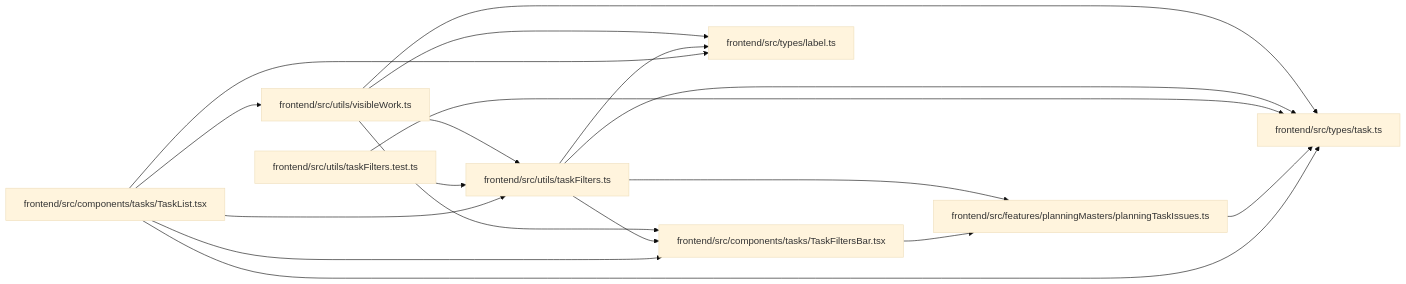
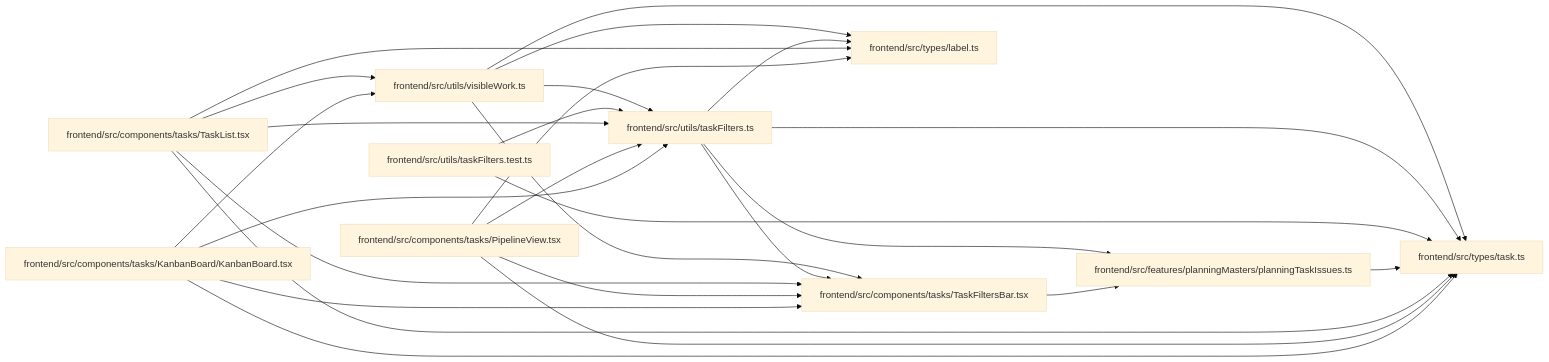
The diagram in docs/llm_wiki/modules/taskFilters.md (Denissvgn/WorkChord), drawn with Mermaid (base theme) before and after one commit. The commit also changed other lines of this file and 2373 other files, not shown here.

````diff
--- a/docs/llm_wiki/modules/taskFilters.md
+++ b/docs/llm_wiki/modules/taskFilters.md
@@ -29,36 +29,48 @@
 ```mermaid
 flowchart LR
-    n0["frontend/src/components/tasks/TaskFiltersBar.tsx"]
-    n1["frontend/src/components/tasks/TaskList.tsx"]
-    n2["frontend/src/features/planningMasters/planningTaskIssues.ts"]
-    n3["frontend/src/types/label.ts"]
-    n4["frontend/src/types/task.ts"]
-    n5["frontend/src/utils/taskFilters.test.ts"]
-    n6["frontend/src/utils/taskFilters.ts"]
-    n7["frontend/src/utils/visibleWork.ts"]
+    n0["frontend/src/components/tasks/KanbanBoard/KanbanBoard.tsx"]
+    n1["frontend/src/components/tasks/PipelineView.tsx"]
+    n2["frontend/src/components/tasks/TaskFiltersBar.tsx"]
+    n3["frontend/src/components/tasks/TaskList.tsx"]
+    n4["frontend/src/features/planningMasters/planningTaskIssues.ts"]
+    n5["frontend/src/types/label.ts"]
+    n6["frontend/src/types/task.ts"]
+    n7["frontend/src/utils/taskFilters.test.ts"]
+    n8["frontend/src/utils/taskFilters.ts"]
+    n9["frontend/src/utils/visibleWork.ts"]
     n0 --> n2
-    n1 --> n0
-    n1 --> n3
-    n1 --> n4
+    n0 --> n6
+    n0 --> n8
+    n0 --> n9
+    n1 --> n2
+    n1 --> n5
     n1 --> n6
-    n1 --> n7
+    n1 --> n8
     n2 --> n4
-    n5 --> n4
-    n5 --> n6
-    n6 --> n0
-    n6 --> n2
-    n6 --> n3
-    n6 --> n4
-    n7 --> n0
-    n7 --> n3
-    n7 --> n4
+    n3 --> n2
+    n3 --> n5
+    n3 --> n6
+    n3 --> n8
+    n3 --> n9
+    n4 --> n6
     n7 --> n6
-    click n0 "../modules/TaskFiltersBar.md"
-    click n1 "../modules/TaskList.md"
-    click n2 "../modules/planningTaskIssues.md"
-    click n3 "../modules/types_label.md"
-    click n4 "../modules/types_task.md"
-    click n5 "../modules/taskFilters.test.md"
-    click n6 "../modules/taskFilters.md"
-    click n7 "../modules/visibleWork.md"
+    n7 --> n8
+    n8 --> n2
+    n8 --> n4
+    n8 --> n5
+    n8 --> n6
+    n9 --> n2
+    n9 --> n5
+    n9 --> n6
+    n9 --> n8
+    click n0 "../modules/KanbanBoard.md"
+    click n1 "../modules/PipelineView.md"
+    click n2 "../modules/TaskFiltersBar.md"
+    click n3 "../modules/TaskList.md"
+    click n4 "../modules/planningTaskIssues.md"
+    click n5 "../modules/types_label.md"
+    click n6 "../modules/types_task.md"
+    click n7 "../modules/taskFilters.test.md"
+    click n8 "../modules/taskFilters.md"
+    click n9 "../modules/visibleWork.md"
 ```
````
